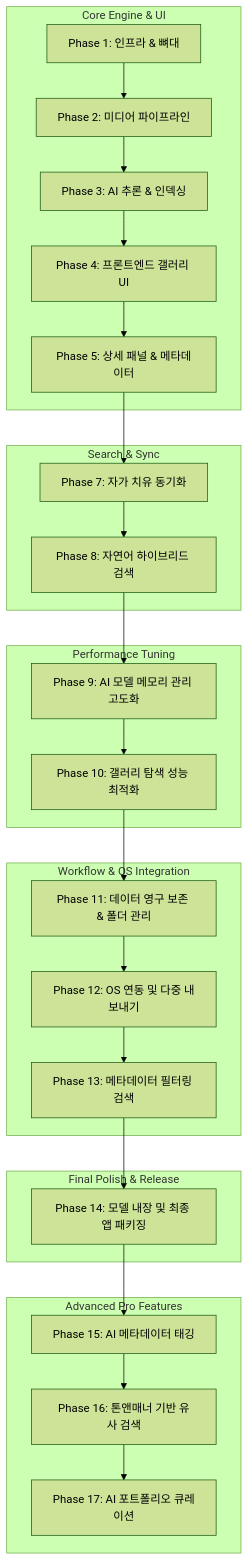
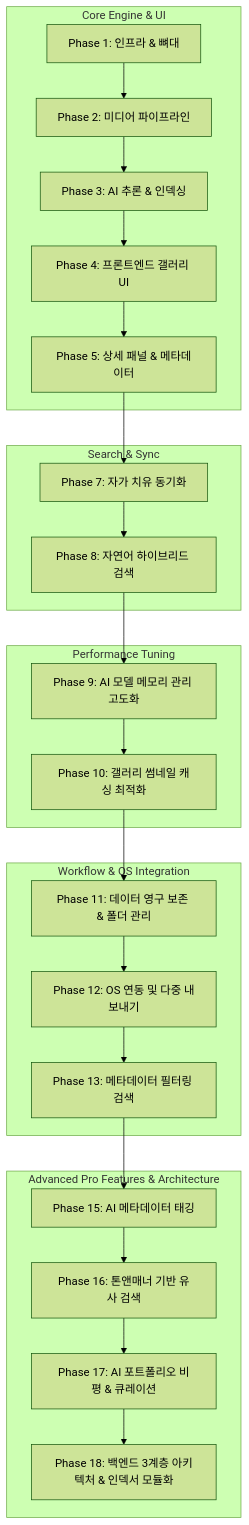
One commit to widegather1216/focal_node changed the diagram in docs/ROADMAP.md. Above: the diagram before and after it, drawn with Mermaid (forest theme). The commit also changed other lines of this file and 29 other files, not shown here.

````diff
--- a/docs/ROADMAP.md
+++ b/docs/ROADMAP.md
@@ -10,35 +10,32 @@
 ```mermaid
 graph TD
     subgraph Core[Core Engine & UI]
         P1[Phase 1: 인프라 & 뼈대] --> P2[Phase 2: 미디어 파이프라인]
         P2 --> P3[Phase 3: AI 추론 & 인덱싱]
         P3 --> P4[Phase 4: 프론트엔드 갤러리 UI]
         P4 --> P5[Phase 5: 상세 패널 & 메타데이터]
     end
     
     subgraph SearchSync[Search & Sync]
         P5 --> P7[Phase 7: 자가 치유 동기화]
         P7 --> P8[Phase 8: 자연어 하이브리드 검색]
     end
 
     subgraph Performance[Performance Tuning]
         P8 --> P9[Phase 9: AI 모델 메모리 관리 고도화]
-        P9 --> P10[Phase 10: 갤러리 탐색 성능 최적화]
+        P9 --> P10[Phase 10: 갤러리 썸네일 캐싱 최적화]
     end
     
     subgraph Workflow[Workflow & OS Integration]
         P10 --> P11[Phase 11: 데이터 영구 보존 & 폴더 관리]
         P11 --> P12[Phase 12: OS 연동 및 다중 내보내기]
         P12 --> P13[Phase 13: 메타데이터 필터링 검색]
     end
     
-    subgraph Release[Final Polish & Release]
-        P13 --> P14[Phase 14: 모델 내장 및 최종 앱 패키징]
-    end
-    
-    subgraph ProFeatures[Advanced Pro Features]
-        P14 --> P15[Phase 15: AI 메타데이터 태깅]
+    subgraph ProFeatures[Advanced Pro Features & Architecture]
+        P13 --> P15[Phase 15: AI 메타데이터 태깅]
         P15 --> P16[Phase 16: 톤앤매너 기반 유사 검색]
-        P16 --> P17[Phase 17: AI 포트폴리오 큐레이션]
+        P16 --> P17[Phase 17: AI 포트폴리오 비평 & 큐레이션]
+        P17 --> P18[Phase 18: 백엔드 3계층 아키텍처 & 인덱서 모듈화]
     end
 ```
````
